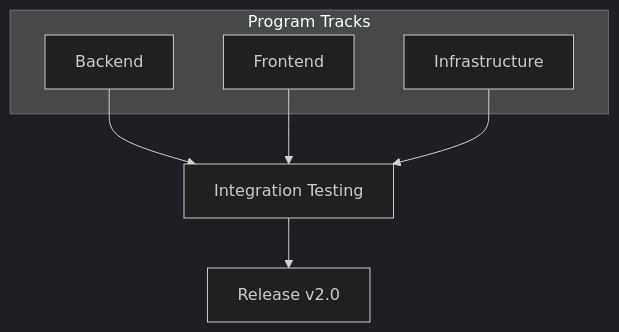
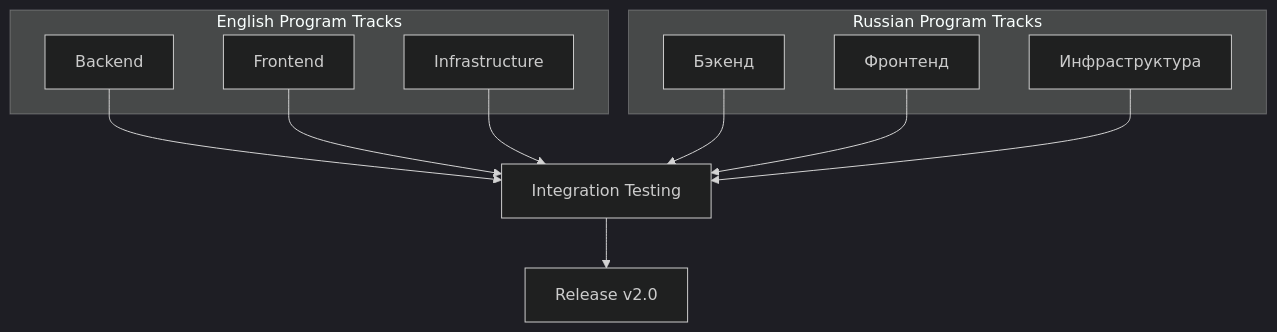
The fifth of 6 diagrams in .qoder/repowiki/en/content/Examples and Use Cases/Examples and Use Cases.md (asukhodko/opskarta), drawn with Mermaid (dark theme) before and after one commit. The commit also changed other lines of this file and 7 other files, not shown here.

First line of the commit message:
feat(docs): add bilingual English and Russian examples and specifications

````diff
--- a/.qoder/repowiki/en/content/Examples and Use Cases/Examples and Use Cases.md
+++ b/.qoder/repowiki/en/content/Examples and Use Cases/Examples and Use Cases.md
@@ -210,14 +291,22 @@
 ```mermaid
 graph TB
-subgraph "Program Tracks"
-BE["Backend"]
-FE["Frontend"]
-INF["Infrastructure"]
+subgraph "English Program Tracks"
+EN_BE["Backend"]
+EN_FE["Frontend"]
+EN_INF["Infrastructure"]
+end
+subgraph "Russian Program Tracks"
+RU_BE["Бэкенд"]
+RU_FE["Фронтенд"]
+RU_INF["Инфраструктура"]
 end
 INT["Integration Testing"]
 REL["Release v2.0"]
-BE --> INT
-FE --> INT
-INF --> INT
+EN_BE --> INT
+EN_FE --> INT
+EN_INF --> INT
 INT --> REL
+RU_BE --> INT
+RU_FE --> INT
+RU_INF --> INT
 ```
````
